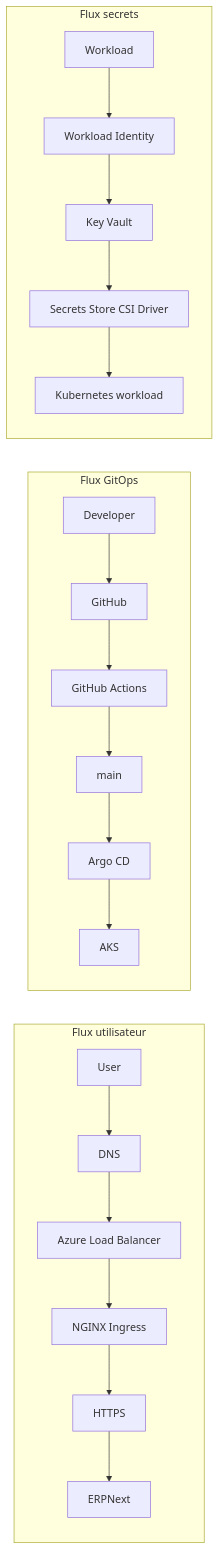
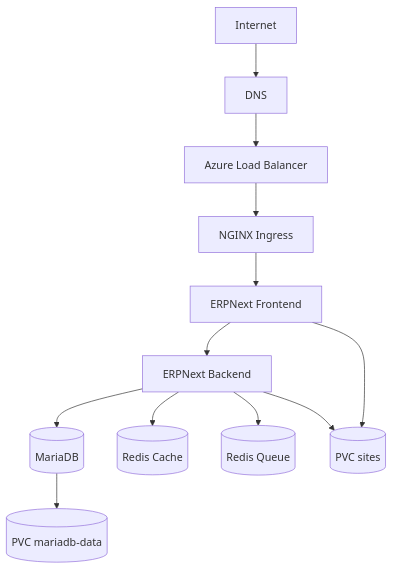
Before and after one commit to reedaa01/ERPnext-DevOps: the second of 2 diagrams in docs/EPIC-9-Architecture-Finale.md, drawn with Mermaid. The commit also changed other lines of this file and 7 other files, not shown here.

````diff
--- a/docs/EPIC-9-Architecture-Finale.md
+++ b/docs/EPIC-9-Architecture-Finale.md
@@ -356,25 +41,14 @@
 ```mermaid
-flowchart LR
-    subgraph UserFlow[Flux utilisateur]
-      U[User] --> DNS[DNS]
-      DNS --> ALB[Azure Load Balancer]
-      ALB --> NGINX[NGINX Ingress]
-      NGINX --> HTTPS[HTTPS]
-      HTTPS --> ERP[ERPNext]
-    end
-
-    subgraph GitOpsFlow[Flux GitOps]
-      D[Developer] --> GH[GitHub]
-      GH --> CI[GitHub Actions]
-      CI --> MAIN[main]
-      MAIN --> ARGO[Argo CD]
-      ARGO --> AKS[AKS]
-    end
-
-    subgraph SecretFlow[Flux secrets]
-      W[Workload] --> WI[Workload Identity]
-      WI --> KV[Key Vault]
-      KV --> CSI[Secrets Store CSI Driver]
-      CSI --> WK[Kubernetes workload]
-    end
+flowchart TB
+    Internet --> DNS
+    DNS --> ALB[Azure Load Balancer]
+    ALB --> NGINX[NGINX Ingress]
+    NGINX --> FE[ERPNext Frontend]
+    FE --> BE[ERPNext Backend]
+    BE --> DB[(MariaDB)]
+    BE --> RC[(Redis Cache)]
+    BE --> RQ[(Redis Queue)]
+    DB --> PVCDB[(PVC mariadb-data)]
+    FE --> PVCS[(PVC sites)]
+    BE --> PVCS
 ```
````
